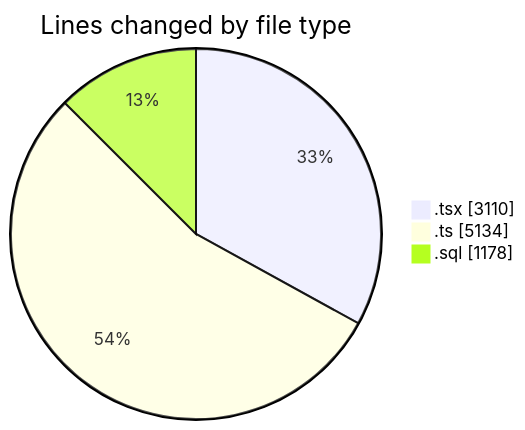
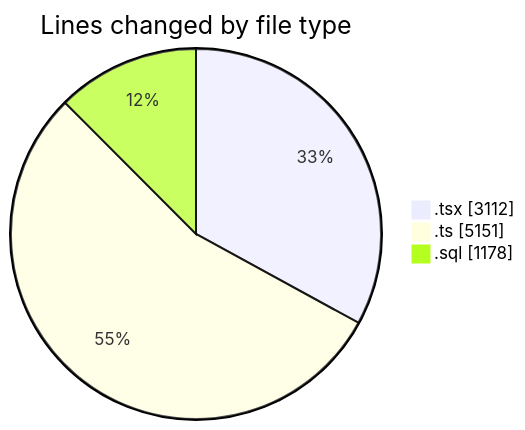
One commit to lephambinh05/code-tracking changed the first of 2 diagrams in 2025-09-05/hiai-phf/README.md. Above: the diagram before and after it, drawn with Mermaid. The commit also changed other lines of this file and 1 other file, not shown here.

````diff
--- a/2025-09-05/hiai-phf/README.md
+++ b/2025-09-05/hiai-phf/README.md
@@ -77,7 +77,7 @@
 ```mermaid
 pie showData
 title Lines changed by file type
-".tsx" : 3110
-".ts" : 5134
+".tsx" : 3112
+".ts" : 5151
 ".sql" : 1178
 ```
````
